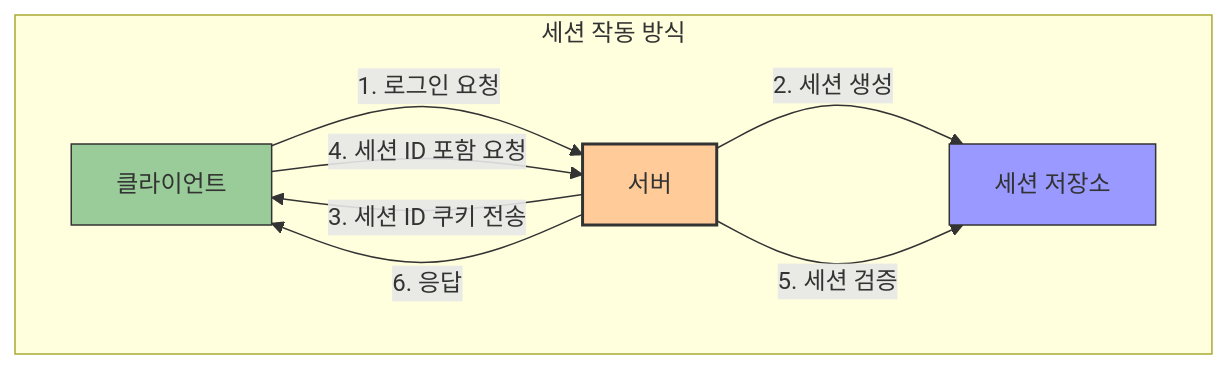
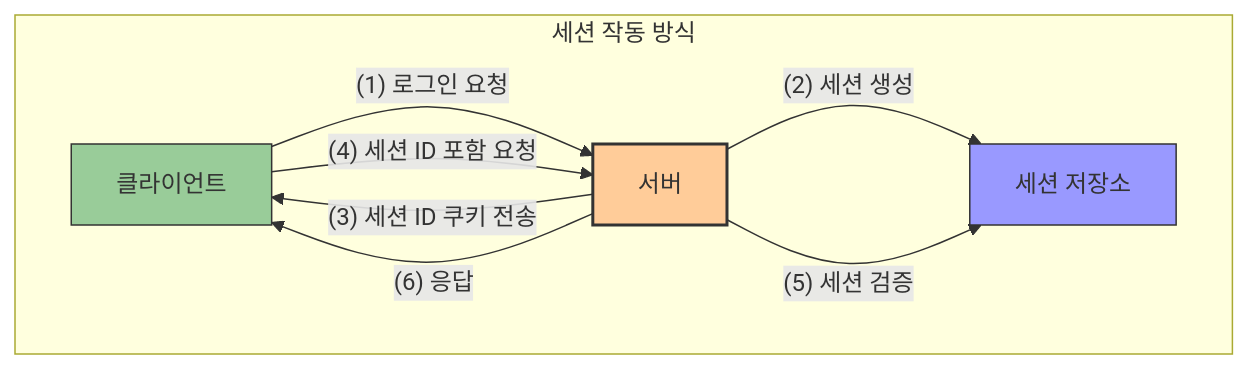
Before and after one commit to hanaoverride/data-scientist-cookbook-for-korean: the third of 5 diagrams in 1. 기초 CS 이론/5. 네트워크 개론/4. 보안.md, drawn with Mermaid. The commit also changed other lines of this file and 3 other files, not shown here.

````diff
--- a/1. 기초 CS 이론/5. 네트워크 개론/4. 보안.md
+++ b/1. 기초 CS 이론/5. 네트워크 개론/4. 보안.md
@@ -120,19 +120,19 @@
 ```mermaid
 graph TD
     subgraph "세션 작동 방식"
         Client["클라이언트"]
         Server["서버"]
         SessionDB["세션 저장소"]
     end
     
-    Client -->|"1. 로그인 요청"| Server
-    Server -->|"2. 세션 생성"| SessionDB
-    Server -->|"3. 세션 ID 쿠키 전송"| Client
-    Client -->|"4. 세션 ID 포함 요청"| Server
-    Server -->|"5. 세션 검증"| SessionDB
-    Server -->|"6. 응답"| Client
+    Client -->|"(1) 로그인 요청"| Server
+    Server -->|"(2) 세션 생성"| SessionDB
+    Server -->|"(3) 세션 ID 쿠키 전송"| Client
+    Client -->|"(4) 세션 ID 포함 요청"| Server
+    Server -->|"(5) 세션 검증"| SessionDB
+    Server -->|"(6) 응답"| Client
     
     style Client fill:#99CC99,stroke:#333,stroke-width:1px
     style Server fill:#FFCC99,stroke:#333,stroke-width:2px
     style SessionDB fill:#9999FF,stroke:#333,stroke-width:1px
 ```
````
